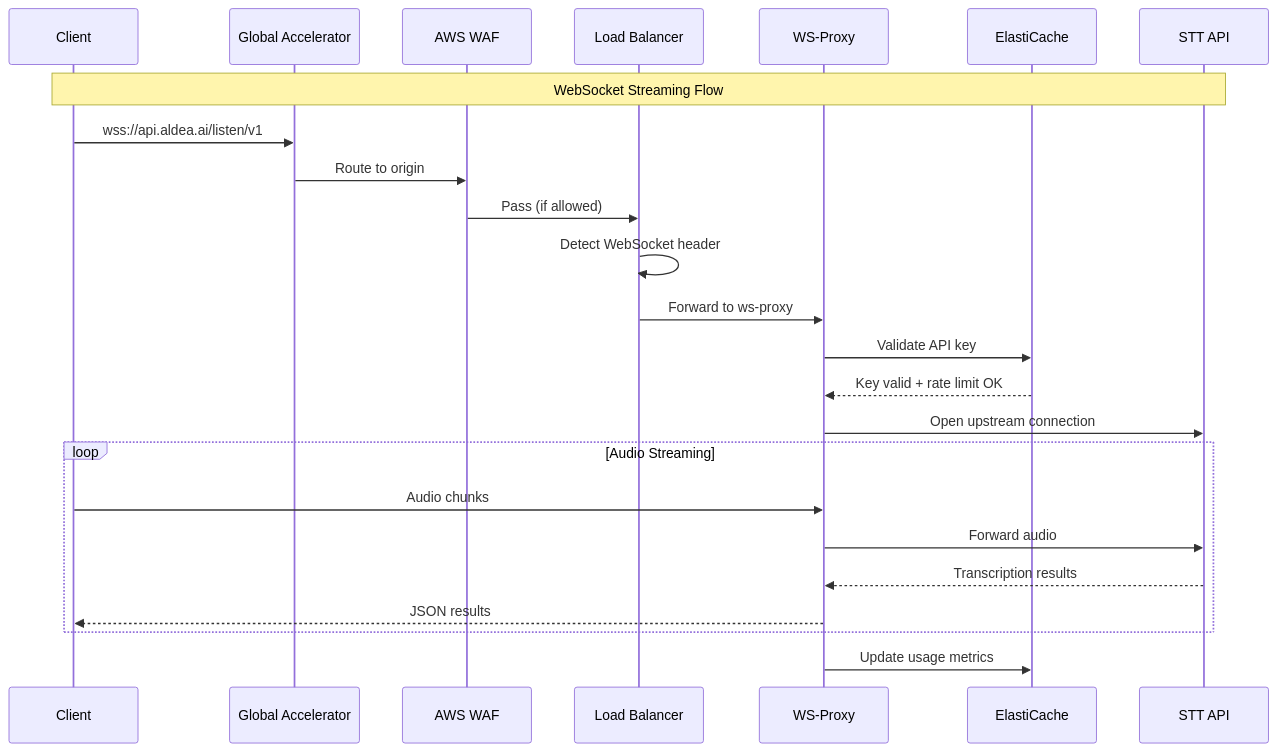
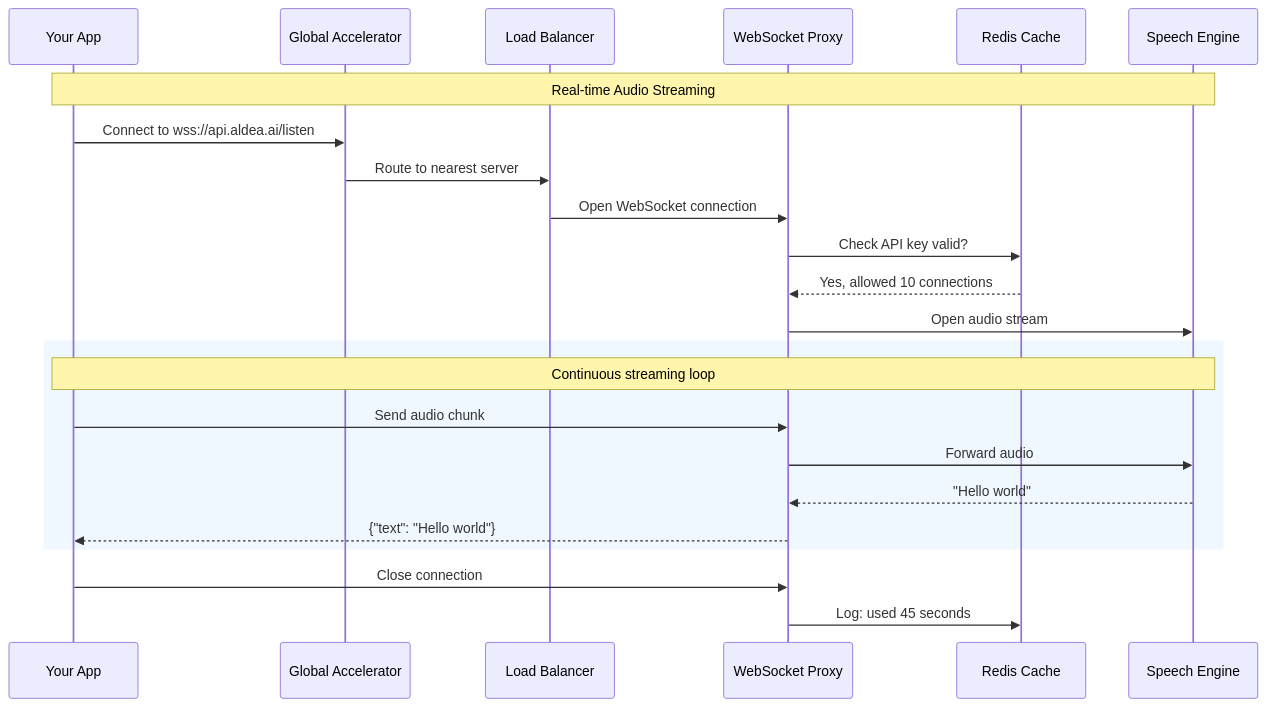
The fourth of 8 diagrams in diagrams/ecs-architecture.md (aldea-ai/infrastructure-docs), drawn with Mermaid before and after one commit. The commit also changed other lines of this file and 3 other files, not shown here.

First line of the commit message:
Simplify diagrams for layman readability

````diff
--- a/diagrams/ecs-architecture.md
+++ b/diagrams/ecs-architecture.md
@@ -166,30 +130,31 @@
 ```mermaid
 sequenceDiagram
-    participant Client
+    participant App as Your App
     participant GA as Global Accelerator
-    participant WAF as AWS WAF
-    participant ALB as Load Balancer
-    participant WS as WS-Proxy
-    participant Redis as ElastiCache
-    participant STT as STT API
+    participant LB as Load Balancer
+    participant WS as WebSocket Proxy
+    participant Redis as Redis Cache
+    participant STT as Speech Engine
 
-    Note over Client,STT: WebSocket Streaming Flow
+    Note over App,STT: Real-time Audio Streaming
 
-    Client->>GA: wss://api.aldea.ai/listen/v1
-    GA->>WAF: Route to origin
-    WAF->>ALB: Pass (if allowed)
-    ALB->>ALB: Detect WebSocket header
-    ALB->>WS: Forward to ws-proxy
-    WS->>Redis: Validate API key
-    Redis-->>WS: Key valid + rate limit OK
-    WS->>STT: Open upstream connection
+    App->>GA: Connect to wss://api.aldea.ai/listen
+    GA->>LB: Route to nearest server
+    LB->>WS: Open WebSocket connection
 
-    loop Audio Streaming
-        Client->>WS: Audio chunks
+    WS->>Redis: Check API key valid?
+    Redis-->>WS: Yes, allowed 10 connections
+
+    WS->>STT: Open audio stream
+
+    rect rgb(240, 248, 255)
+        Note over App,STT: Continuous streaming loop
+        App->>WS: Send audio chunk
         WS->>STT: Forward audio
-        STT-->>WS: Transcription results
-        WS-->>Client: JSON results
+        STT-->>WS: "Hello world"
+        WS-->>App: {"text": "Hello world"}
     end
 
-    WS->>Redis: Update usage metrics
+    App->>WS: Close connection
+    WS->>Redis: Log: used 45 seconds
 ```
````
